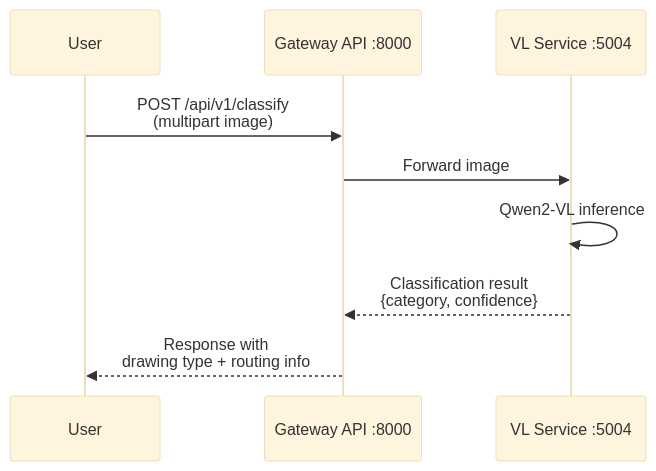
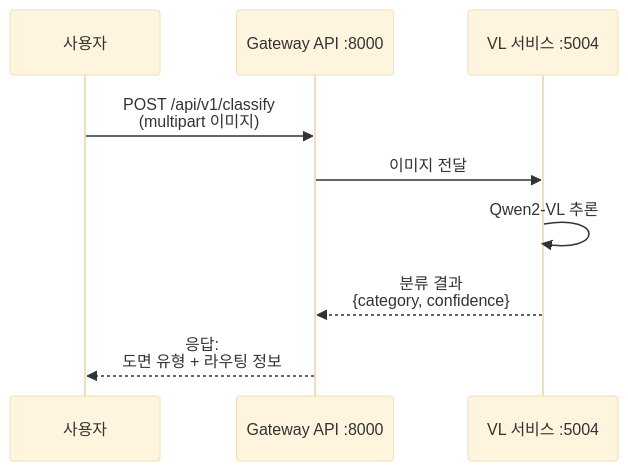
One commit to uprootai/AX_OCR changed the first of 2 diagrams in docs-site/docs/analysis-pipeline/vlm-classification.md. Above: the diagram before and after it, drawn with Mermaid (base theme). The commit also changed other lines of this file and 64 other files, not shown here.

````diff
--- a/docs-site/docs/analysis-pipeline/vlm-classification.md
+++ b/docs-site/docs/analysis-pipeline/vlm-classification.md
@@ -35,12 +35,12 @@
 ```mermaid
 sequenceDiagram
-    participant User
+    participant User as 사용자
     participant Gateway as Gateway API :8000
-    participant VLM as VL Service :5004
+    participant VLM as VL 서비스 :5004
 
-    User->>Gateway: POST /api/v1/classify<br/>(multipart image)
-    Gateway->>VLM: Forward image
-    VLM->>VLM: Qwen2-VL inference
-    VLM-->>Gateway: Classification result<br/>{category, confidence}
-    Gateway-->>User: Response with<br/>drawing type + routing info
+    User->>Gateway: POST /api/v1/classify<br/>(multipart 이미지)
+    Gateway->>VLM: 이미지 전달
+    VLM->>VLM: Qwen2-VL 추론
+    VLM-->>Gateway: 분류 결과<br/>{category, confidence}
+    Gateway-->>User: 응답:<br/>도면 유형 + 라우팅 정보
 ```
````
